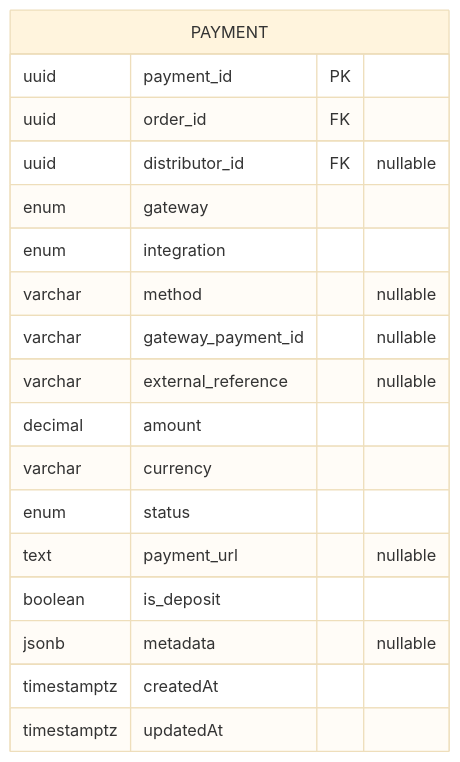
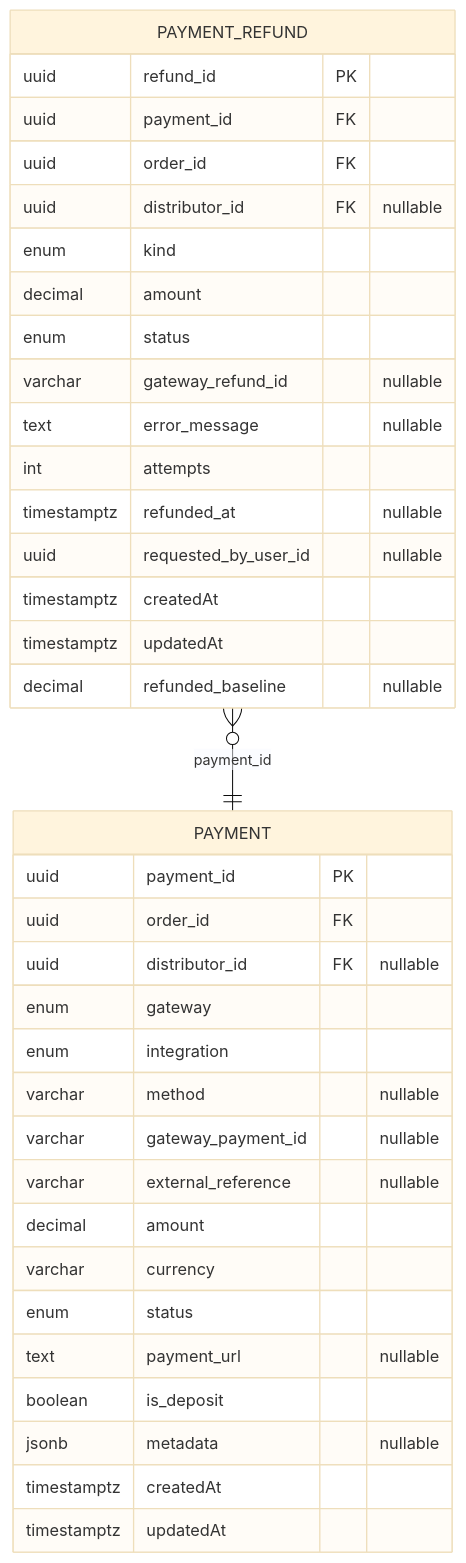
One commit to Nahuelito-Dev/splg-docs changed the fifth of 15 diagrams in diagramas/base-de-datos/SPLG-der-mermaid.md. Above: the diagram before and after it, drawn with Mermaid (base theme). The commit also changed other lines of this file and 432 other files, not shown here.

````diff
--- a/diagramas/base-de-datos/SPLG-der-mermaid.md
+++ b/diagramas/base-de-datos/SPLG-der-mermaid.md
@@ -385,22 +387,40 @@
 ```mermaid
 erDiagram
+    PAYMENT_REFUND }o--|| PAYMENT : "payment_id"
 
     PAYMENT {
         uuid payment_id PK
         uuid order_id FK
         uuid distributor_id FK "nullable"
         enum gateway
         enum integration
         varchar method "nullable"
         varchar gateway_payment_id "nullable"
         varchar external_reference "nullable"
         decimal amount
         varchar currency
         enum status
         text payment_url "nullable"
         boolean is_deposit
         jsonb metadata "nullable"
         timestamptz createdAt
         timestamptz updatedAt
     }
+    PAYMENT_REFUND {
+        uuid refund_id PK
+        uuid payment_id FK
+        uuid order_id FK
+        uuid distributor_id FK "nullable"
+        enum kind
+        decimal amount
+        enum status
+        varchar gateway_refund_id "nullable"
+        text error_message "nullable"
+        int attempts
+        timestamptz refunded_at "nullable"
+        uuid requested_by_user_id "nullable"
+        timestamptz createdAt
+        timestamptz updatedAt
+        decimal refunded_baseline "nullable"
+    }
 ```
````
